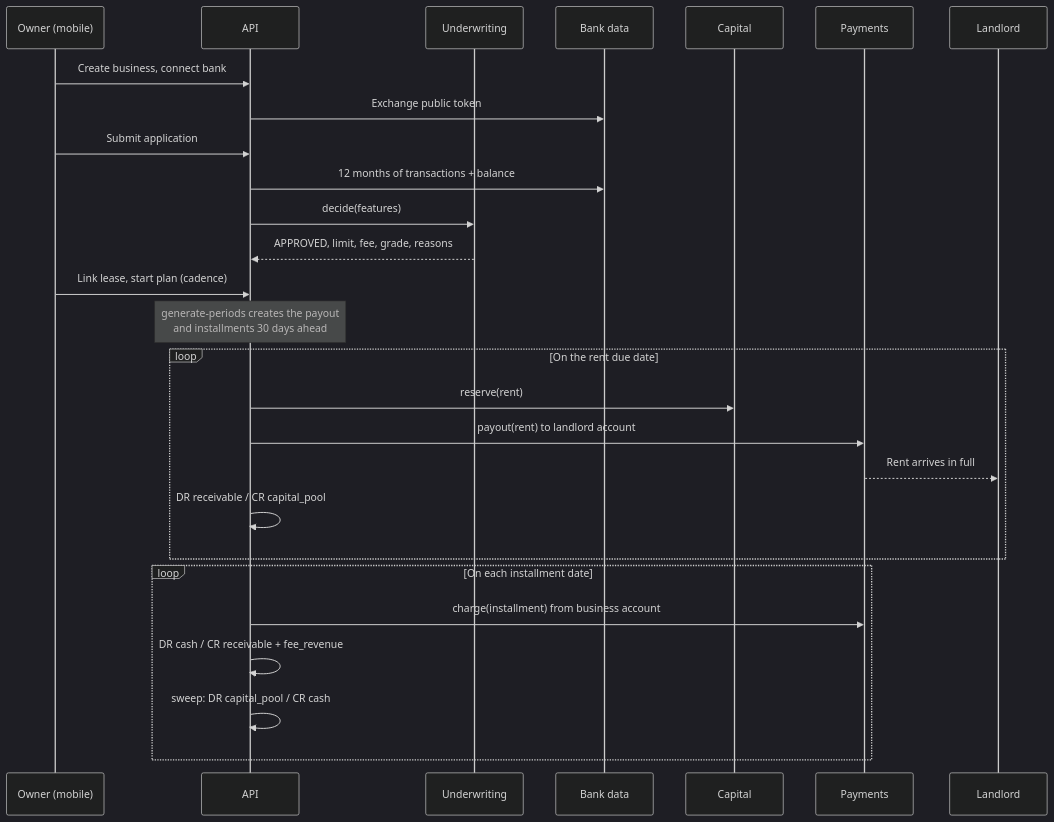
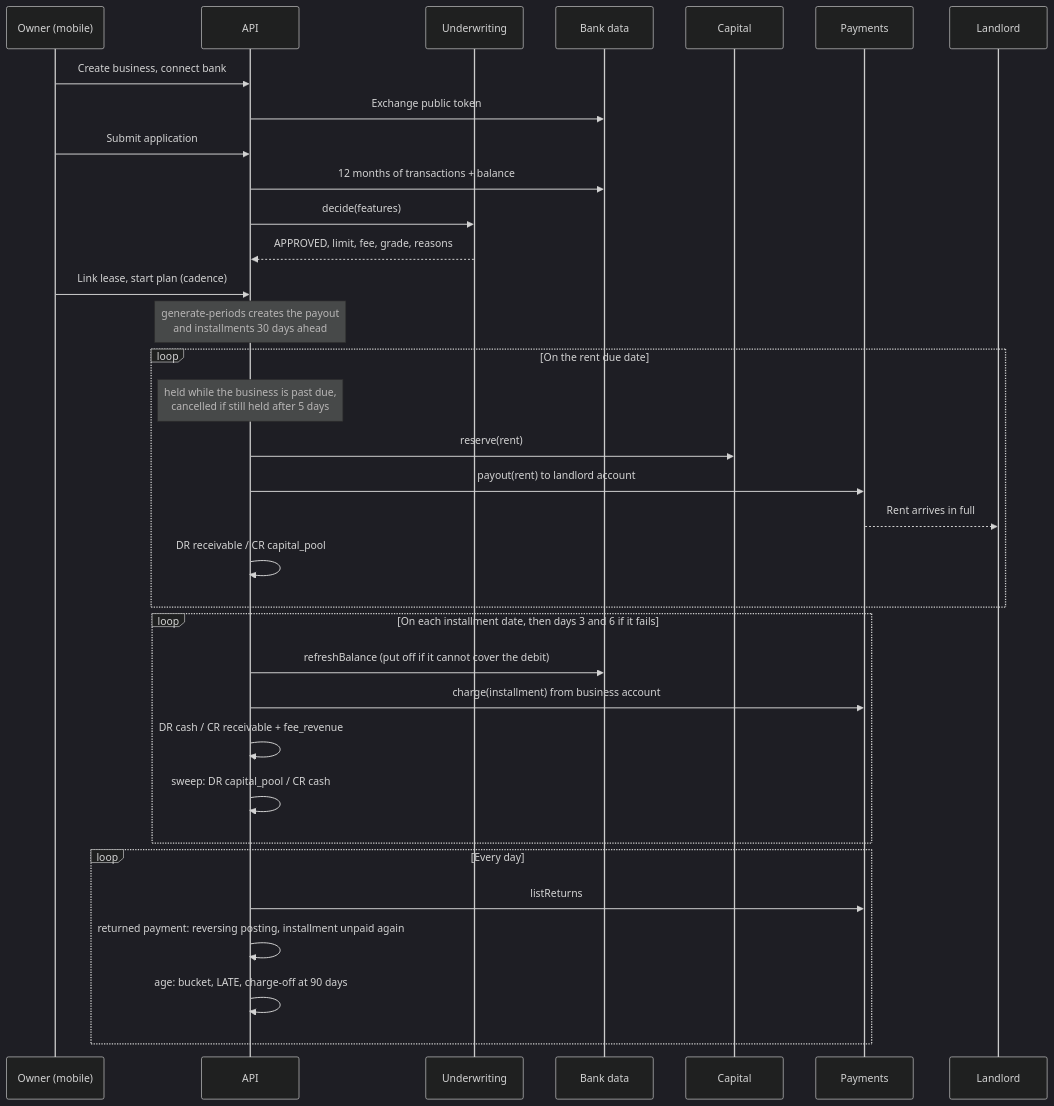
Before and after one commit to trevorfrese/cashflow: the second of 2 diagrams in ARCHITECTURE.md, drawn with Mermaid (dark theme). The commit also changed other lines of this file and 62 other files, not shown here.

First line of the commit message:
Add servicing: delinquency buckets, payout holds, retries, returns, charge-off and loss accounting

````diff
--- a/ARCHITECTURE.md
+++ b/ARCHITECTURE.md
@@ -118,30 +152,37 @@
 ```mermaid
 sequenceDiagram
   participant O as Owner (mobile)
   participant A as API
   participant U as Underwriting
   participant B as Bank data
   participant C as Capital
   participant P as Payments
   participant L as Landlord
 
   O->>A: Create business, connect bank
   A->>B: Exchange public token
   O->>A: Submit application
   A->>B: 12 months of transactions + balance
   A->>U: decide(features)
   U-->>A: APPROVED, limit, fee, grade, reasons
   O->>A: Link lease, start plan (cadence)
   Note over A: generate-periods creates the payout<br/>and installments 30 days ahead
   loop On the rent due date
+    Note over A: held while the business is past due,<br/>cancelled if still held after 5 days
     A->>C: reserve(rent)
     A->>P: payout(rent) to landlord account
     P-->>L: Rent arrives in full
     A->>A: DR receivable / CR capital_pool
   end
-  loop On each installment date
+  loop On each installment date, then days 3 and 6 if it fails
+    A->>B: refreshBalance (put off if it cannot cover the debit)
     A->>P: charge(installment) from business account
     A->>A: DR cash / CR receivable + fee_revenue
     A->>A: sweep: DR capital_pool / CR cash
   end
+  loop Every day
+    A->>P: listReturns
+    A->>A: returned payment: reversing posting, installment unpaid again
+    A->>A: age: bucket, LATE, charge-off at 90 days
+  end
 ```
````
